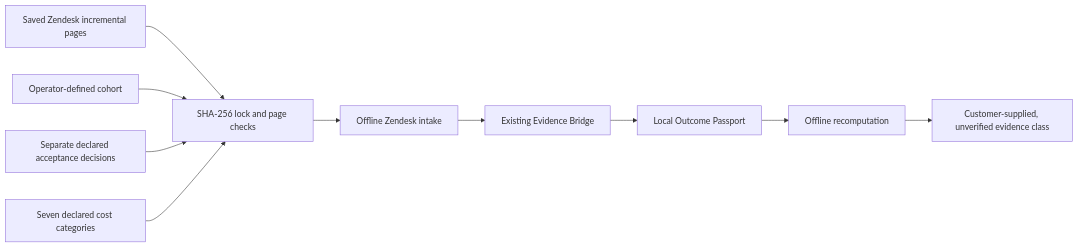
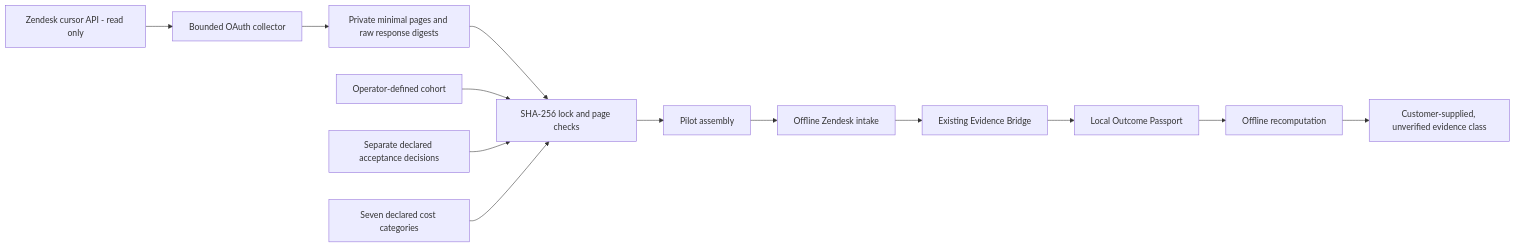
The first of 2 diagrams in docs/OUTCOME_NETWORK.md (AAH20/outcome-fabric), drawn with Mermaid before and after one commit. The commit also changed other lines of this file and 9 other files, not shown here.

Commit message:
Add read-only Zendesk collector and private pilot handoff

````diff
--- a/docs/OUTCOME_NETWORK.md
+++ b/docs/OUTCOME_NETWORK.md
@@ -22,12 +36,15 @@
 ```mermaid
 flowchart LR
-  Z["Saved Zendesk incremental pages"] --> L["SHA-256 lock and page checks"]
+  API["Zendesk cursor API - read only"] --> F["Bounded OAuth collector"]
+  F --> Z["Private minimal pages and raw response digests"]
+  Z --> L["SHA-256 lock and page checks"]
   H["Operator-defined cohort"] --> L
   D["Separate declared acceptance decisions"] --> L
   C["Seven declared cost categories"] --> L
-  L --> I["Offline Zendesk intake"]
+  L --> A["Pilot assembly"]
+  A --> I["Offline Zendesk intake"]
   I --> B["Existing Evidence Bridge"]
   B --> P["Local Outcome Passport"]
   P --> V["Offline recomputation"]
   V --> S["Customer-supplied, unverified evidence class"]
 ```
````
